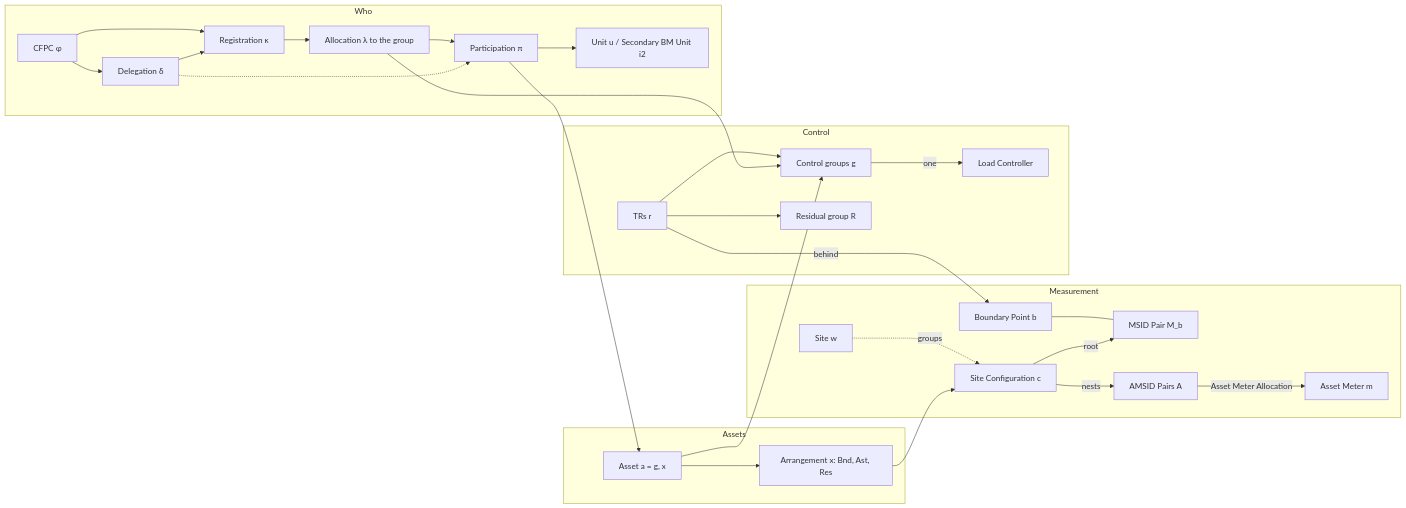
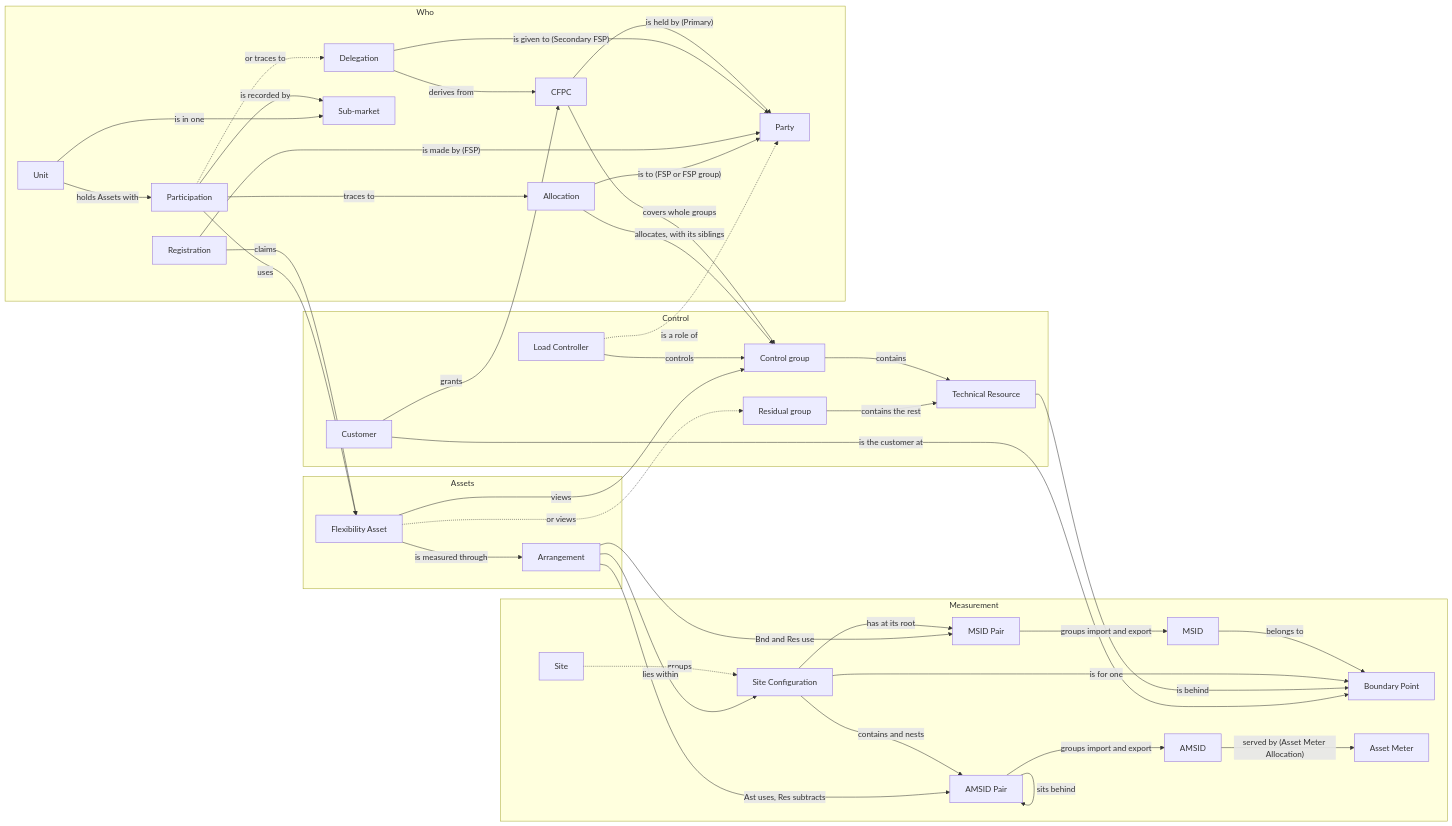
The first of 3 diagrams in work/core-model/Flexibility Core Model.md (Mez-Elexon/service-terms), drawn with Mermaid before and after one commit. The commit also changed other lines of this file and 4 other files, not shown here.

First line of the commit message:
Core model: notation guide, knowledge graph and plain-English walkthrough

````diff
--- a/work/core-model/Flexibility Core Model.md
+++ b/work/core-model/Flexibility Core Model.md
@@ -33,32 +51,70 @@
 ```mermaid
 flowchart LR
   subgraph measure[Measurement]
-    BP[Boundary Point b] --- MP[MSID Pair M_b]
-    SC[Site Configuration c] -->|root| MP
-    SC -->|nests| AP[AMSID Pairs A]
-    AP -->|Asset Meter Allocation| AM[Asset Meter m]
-    SITE[Site w] -.groups.-> SC
+    BP["Boundary Point"]
+    MSID["MSID"]
+    MSIDP["MSID Pair"]
+    SC["Site Configuration"]
+    SITE["Site"]
+    AMSIDP["AMSID Pair"]
+    AMSID["AMSID"]
+    AM["Asset Meter"]
   end
   subgraph control[Control]
-    TR[TRs r] -->|behind| BP
-    TR --> CG[Control groups g]
-    TR --> RG[Residual group R]
-    CG -->|one| LC[Load Controller]
+    CUST["Customer"]
+    TR["Technical Resource"]
+    CG["Control group"]
+    RG["Residual group"]
+    LC["Load Controller"]
   end
   subgraph asset[Assets]
-    AS[Asset a = g, x] --> CG
-    AS --> AR[Arrangement x: Bnd, Ast, Res]
-    AR --> SC
+    ARR["Arrangement"]
+    ASSET["Flexibility Asset"]
   end
   subgraph who[Who]
-    CFPC[CFPC φ] --> DEL[Delegation δ]
-    CFPC --> REG[Registration κ]
-    DEL --> REG
-    REG --> ALLOC[Allocation λ to the group]
-    ALLOC --> PART[Participation π]
-    DEL -.-> PART
-    PART --> UNIT[Unit u / Secondary BM Unit i2]
+    PARTY["Party"]
+    CFPC["CFPC"]
+    DEL["Delegation"]
+    REG["Registration"]
+    ALLOC["Allocation"]
+    PART["Participation"]
+    SM["Sub-market"]
+    UNIT["Unit"]
   end
-  ALLOC --> CG
-  PART --> AS
+  MSID -->|"belongs to"| BP
+  MSIDP -->|"groups import and export"| MSID
+  AMSIDP -->|"groups import and export"| AMSID
+  AMSID -->|"served by (Asset Meter Allocation)"| AM
+  SC -->|"is for one"| BP
+  SC -->|"has at its root"| MSIDP
+  SC -->|"contains and nests"| AMSIDP
+  AMSIDP -->|"sits behind"| AMSIDP
+  SITE -.->|"groups"| SC
+  TR -->|"is behind"| BP
+  CG -->|"contains"| TR
+  RG -->|"contains the rest"| TR
+  LC -->|"controls"| CG
+  LC -.->|"is a role of"| PARTY
+  ASSET -->|"views"| CG
+  ASSET -.->|"or views"| RG
+  ASSET -->|"is measured through"| ARR
+  ARR -->|"lies within"| SC
+  ARR -->|"Bnd and Res use"| MSIDP
+  ARR -->|"Ast uses, Res subtracts"| AMSIDP
+  CUST -->|"is the customer at"| BP
+  CUST -->|"grants"| CFPC
+  CFPC -->|"covers whole groups"| CG
+  CFPC -->|"is held by (Primary)"| PARTY
+  DEL -->|"derives from"| CFPC
+  DEL -->|"is given to (Secondary FSP)"| PARTY
+  REG -->|"claims"| ASSET
+  REG -->|"is made by (FSP)"| PARTY
+  ALLOC -->|"allocates, with its siblings"| CG
+  ALLOC -->|"is to (FSP or FSP group)"| PARTY
+  PART -->|"uses"| ASSET
+  PART -->|"is recorded by"| SM
+  PART -->|"traces to"| ALLOC
+  PART -.->|"or traces to"| DEL
+  UNIT -->|"holds Assets with"| PART
+  UNIT -->|"is in one"| SM
 ```
````
